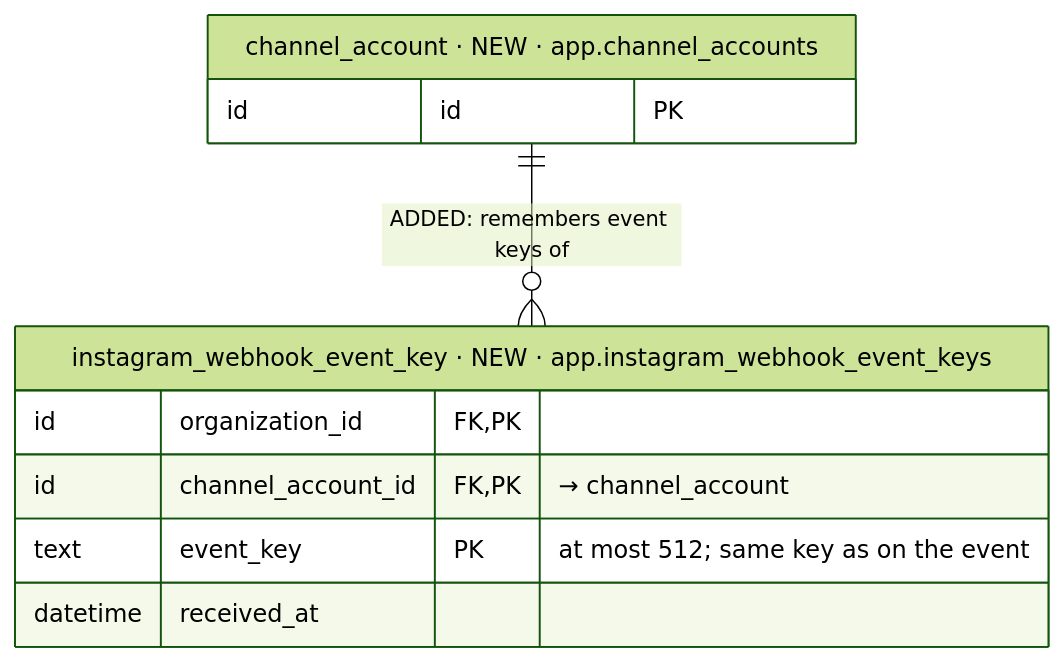
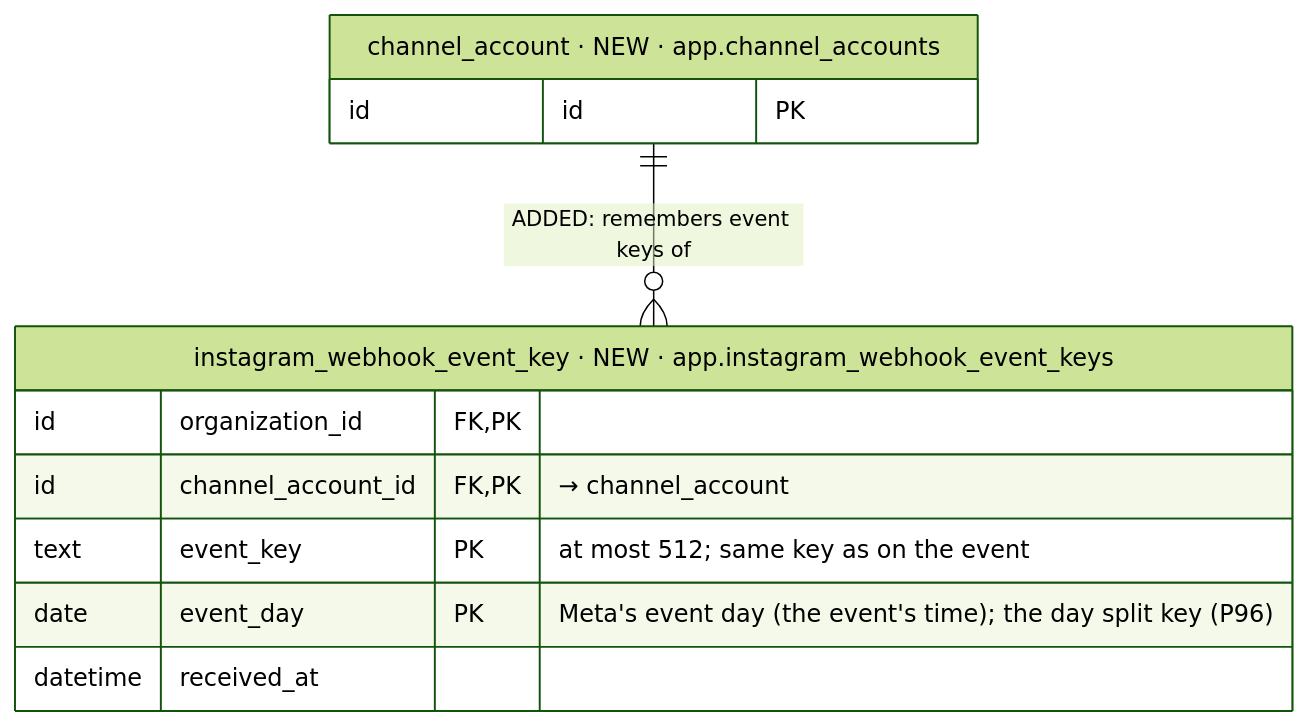
One commit to albetrios/meepzo-be changed diagram 19 of 39 in iterations/feat-instagram-dm-sending-2026-11-23-oxak/plans/db-changes.md. Above: the diagram before and after it, drawn with Mermaid (forest theme). The commit also changed other lines of this file and 3 other files, not shown here.

````diff
--- a/iterations/feat-instagram-dm-sending-2026-11-23-oxak/plans/db-changes.md
+++ b/iterations/feat-instagram-dm-sending-2026-11-23-oxak/plans/db-changes.md
@@ -1089,13 +1169,14 @@
 ```mermaid
 erDiagram
   instagram_webhook_event_key["instagram_webhook_event_key · NEW · app.instagram_webhook_event_keys"] {
     id organization_id FK, PK
     id channel_account_id FK, PK "→ channel_account"
     text event_key PK "at most 512; same key as on the event"
+    date event_day PK "Meta's event day (the event's time); the day split key (P96)"
     datetime received_at
   }
   channel_account["channel_account · NEW · app.channel_accounts"] {
     id id PK
   }
   channel_account ||--o{ instagram_webhook_event_key : "ADDED: remembers event keys of"
 ```
````
